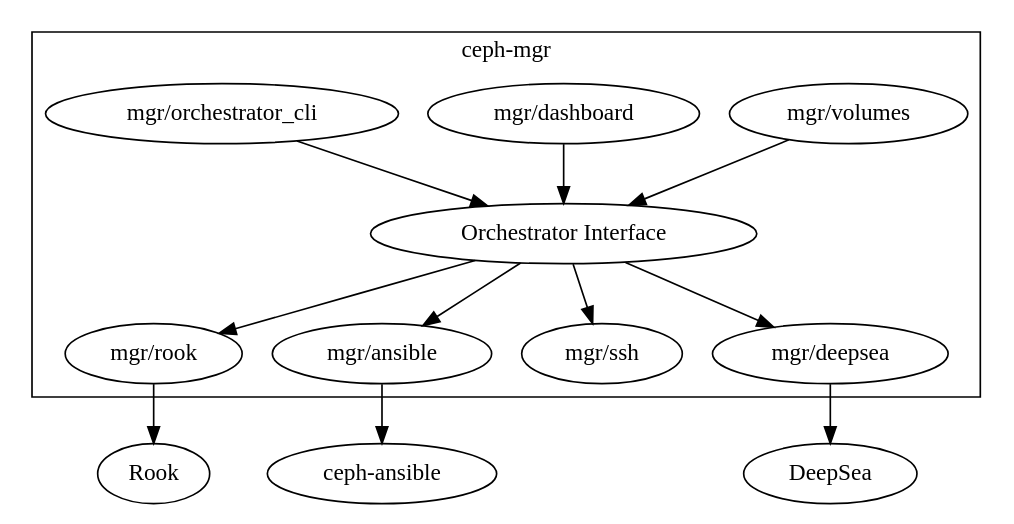
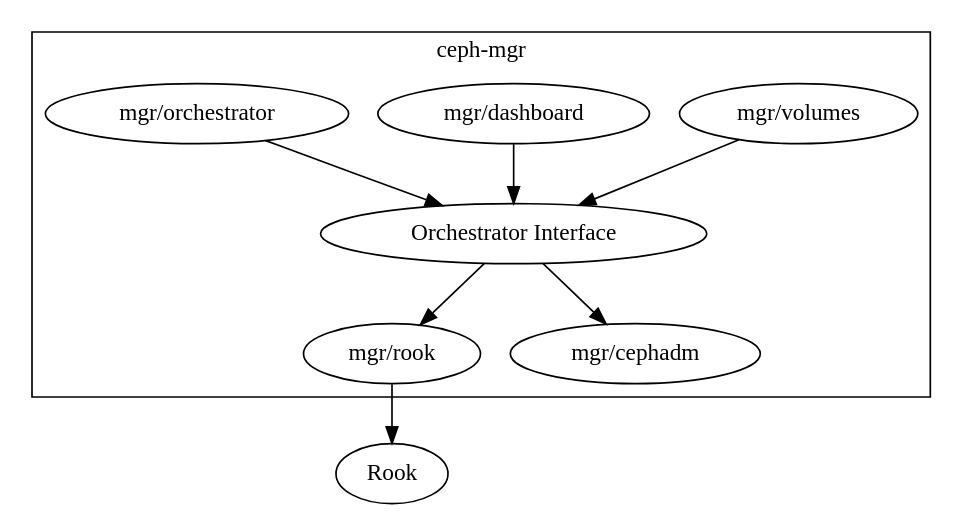
One commit to drunkard/ceph-Chinese-doc changed the diagram in mgr/orchestrator_modules.rst. Above: the diagram before and after it, drawn with Graphviz. The commit also changed other lines of this file and 16 other files, not shown here.

```diff
--- a/mgr/orchestrator_modules.rst
+++ b/mgr/orchestrator_modules.rst
@@ -28,31 +28,25 @@
 .. graphviz::
 
     digraph G {
         subgraph cluster_1 {
             volumes [label="mgr/volumes"]
             rook [label="mgr/rook"]
             dashboard [label="mgr/dashboard"]
-            orchestrator_cli [label="mgr/orchestrator_cli"]
+            orchestrator_cli [label="mgr/orchestrator"]
             orchestrator [label="Orchestrator Interface"]
-            ansible [label="mgr/ansible"]
-            ssh [label="mgr/ssh"]
-            deepsea [label="mgr/deepsea"]
+            cephadm [label="mgr/cephadm"]
 
             label = "ceph-mgr";
         }
 
         volumes -> orchestrator
         dashboard -> orchestrator
         orchestrator_cli -> orchestrator
         orchestrator -> rook -> rook_io
-        orchestrator -> ansible -> ceph_ansible
-        orchestrator -> deepsea -> suse_deepsea
-        orchestrator -> ssh
+        orchestrator -> cephadm
 
 
         rook_io [label="Rook"]
-        ceph_ansible [label="ceph-ansible"]
-        suse_deepsea [label="DeepSea"]
 
         rankdir="TB";
     }
```
